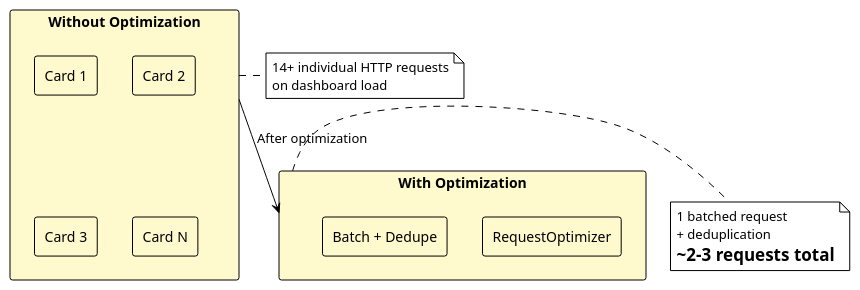
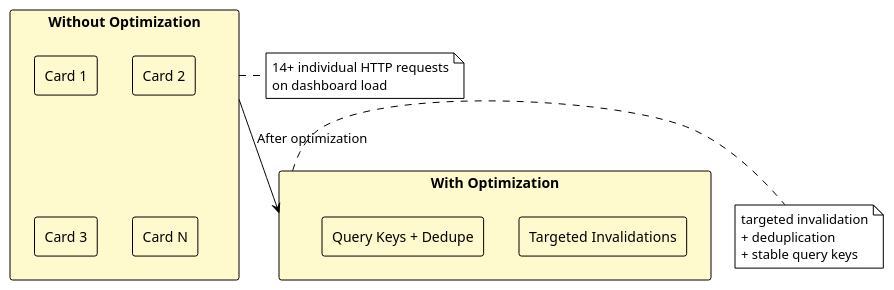
Before and after one commit to EraPartner/Watchman: the third of 3 diagrams in docs/adr/006-request-optimization-batching.md, drawn with PlantUML. The commit also changed other lines of this file and 33 other files, not shown here.

````diff
--- a/docs/adr/006-request-optimization-batching.md
+++ b/docs/adr/006-request-optimization-batching.md
@@ -210,32 +125,32 @@
 ```plantuml
 @startuml
 !theme plain
 
 skinparam rectangleBackgroundColor #FFFACD
 
 rectangle "Without Optimization" as Without {
     rectangle "Card 1" as C1
     rectangle "Card 2" as C2
     rectangle "Card 3" as C3
     rectangle "Card N" as Cn
 }
 
 rectangle "With Optimization" as With {
-    rectangle "RequestOptimizer" as RO
-    rectangle "Batch + Dedupe" as Opt
+    rectangle "Targeted Invalidations" as RO
+    rectangle "Query Keys + Dedupe" as Opt
 }
 
 Without --> With : After optimization
 
 note right of Without
   14+ individual HTTP requests
   on dashboard load
 end note
 
 note right of With
-  1 batched request
+  targeted invalidation
   + deduplication
-  = ~2-3 requests total
+  + stable query keys
 end note
 @enduml
 ```
````
